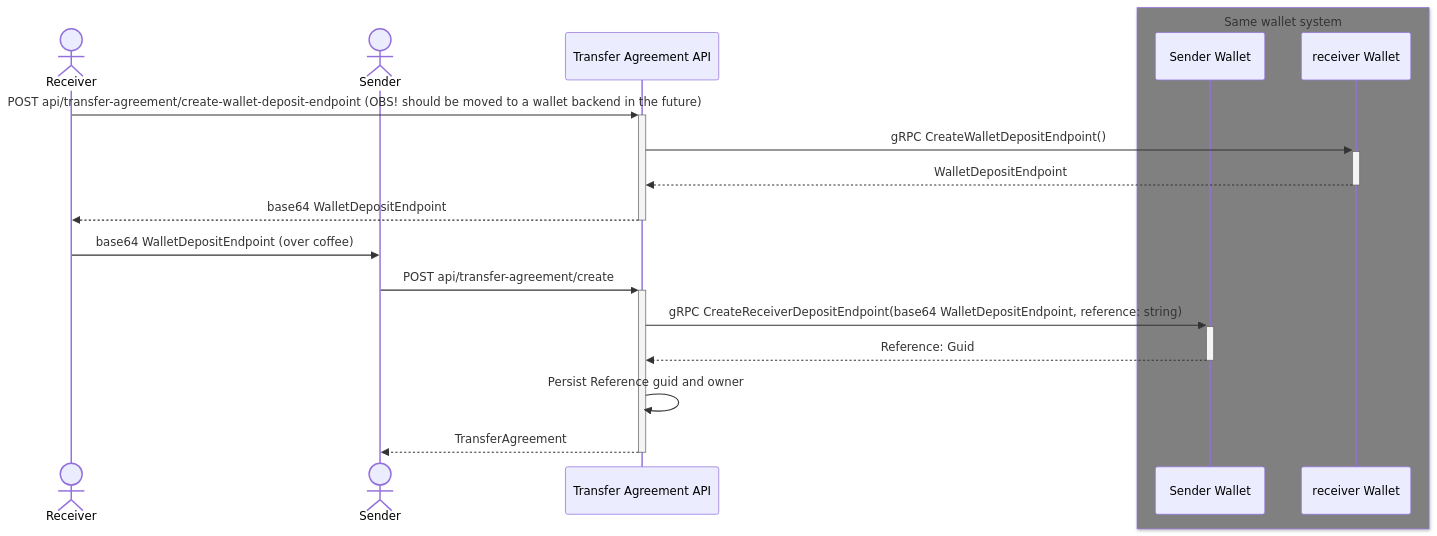
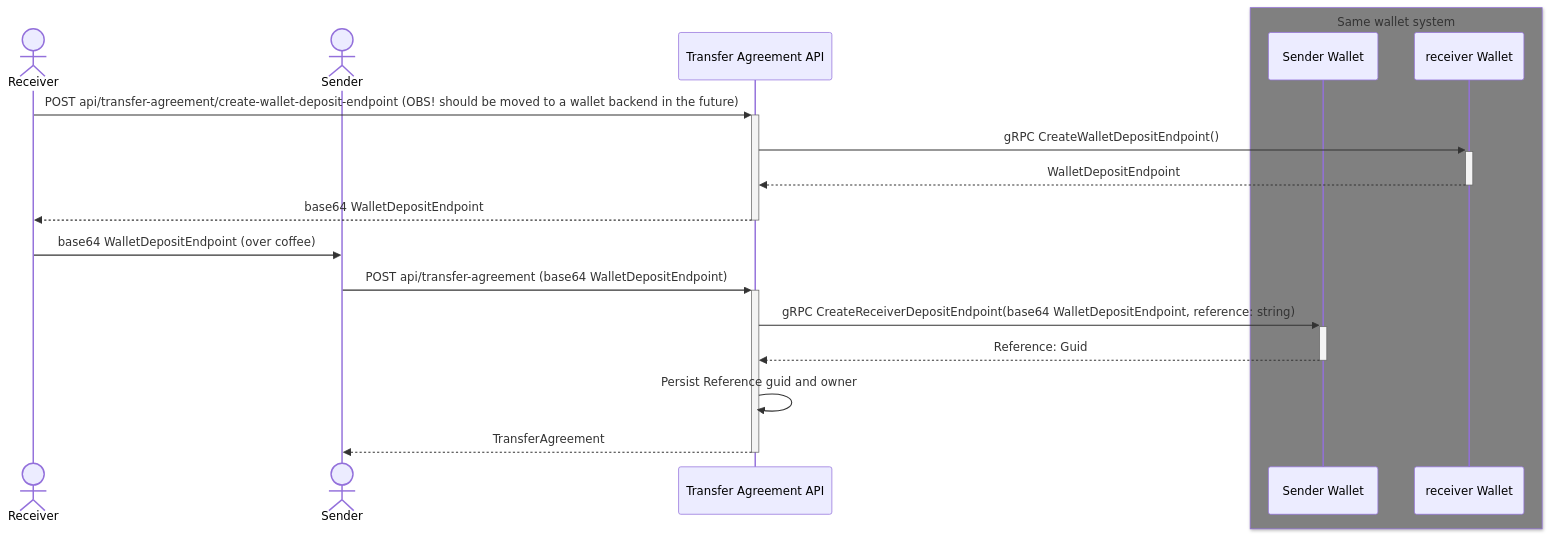
One commit to Energinet-DataHub/energy-origin changed the first of 2 diagrams in doc/architecture/domains/transfer_agreement_automation.md. Above: the diagram before and after it, drawn with Mermaid.

````diff
--- a/doc/architecture/domains/transfer_agreement_automation.md
+++ b/doc/architecture/domains/transfer_agreement_automation.md
@@ -5,29 +5,29 @@
 ```mermaid
 sequenceDiagram
     actor receiver as Receiver
     actor sender as Sender
     participant ta as Transfer Agreement API
     box grey Same wallet system
         participant senderWallet as Sender Wallet
         participant wallet as receiver Wallet
     end
 
     receiver ->>+ ta: POST api/transfer-agreement/create-wallet-deposit-endpoint (OBS! should be moved to a wallet backend in the future)
 
     ta ->>+ wallet: gRPC CreateWalletDepositEndpoint()
     wallet -->>- ta: WalletDepositEndpoint
 
     ta -->>- receiver: base64 WalletDepositEndpoint
 
     receiver ->> sender: base64 WalletDepositEndpoint (over coffee)
 
-    sender ->>+ ta: POST api/transfer-agreement/create
+    sender ->>+ ta: POST api/transfer-agreement (base64 WalletDepositEndpoint)
 
     ta ->>+ senderWallet: gRPC CreateReceiverDepositEndpoint(base64 WalletDepositEndpoint, reference: string)
 
     senderWallet -->>- ta: Reference: Guid
 
     ta ->> ta: Persist Reference guid and owner
 
     ta -->>- sender: TransferAgreement
 ```
````
